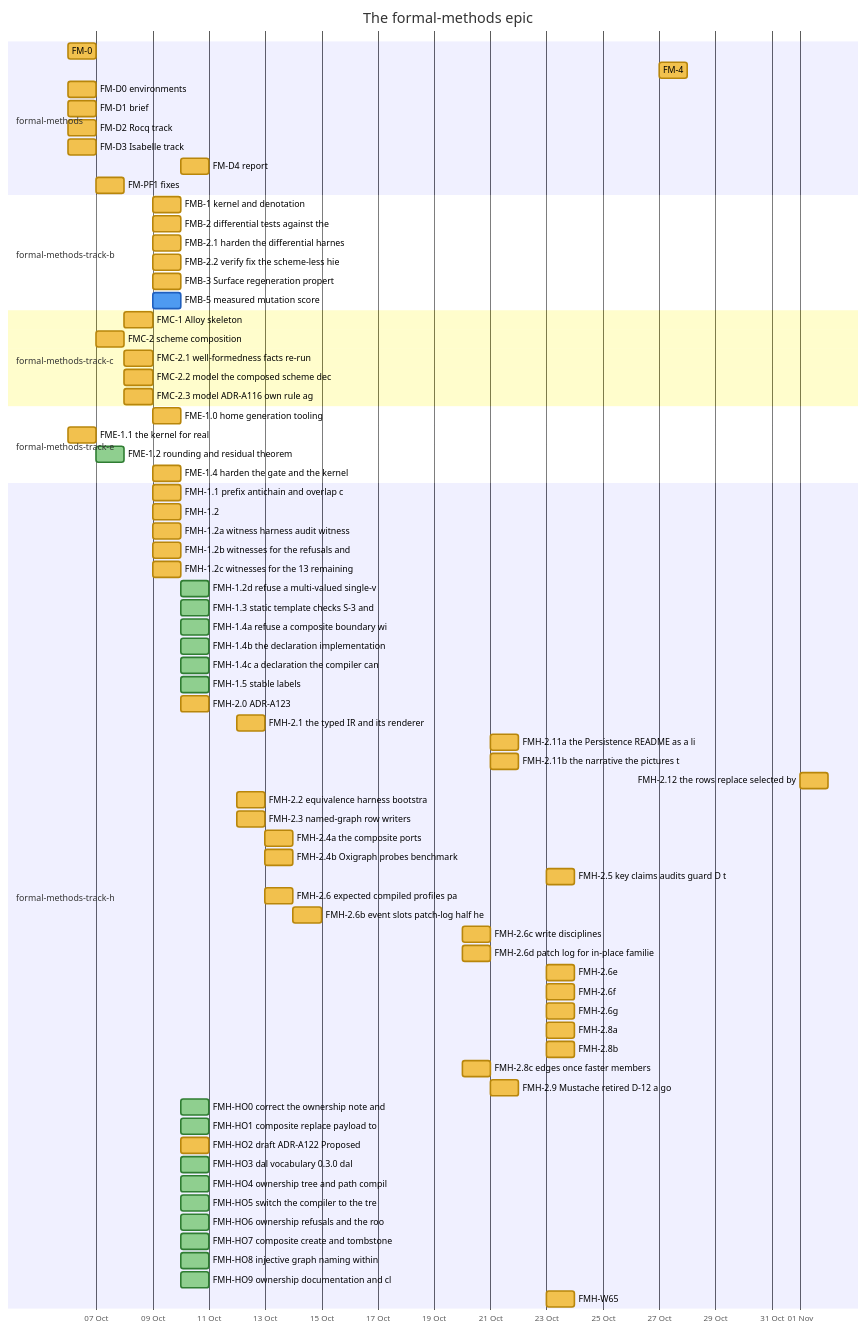
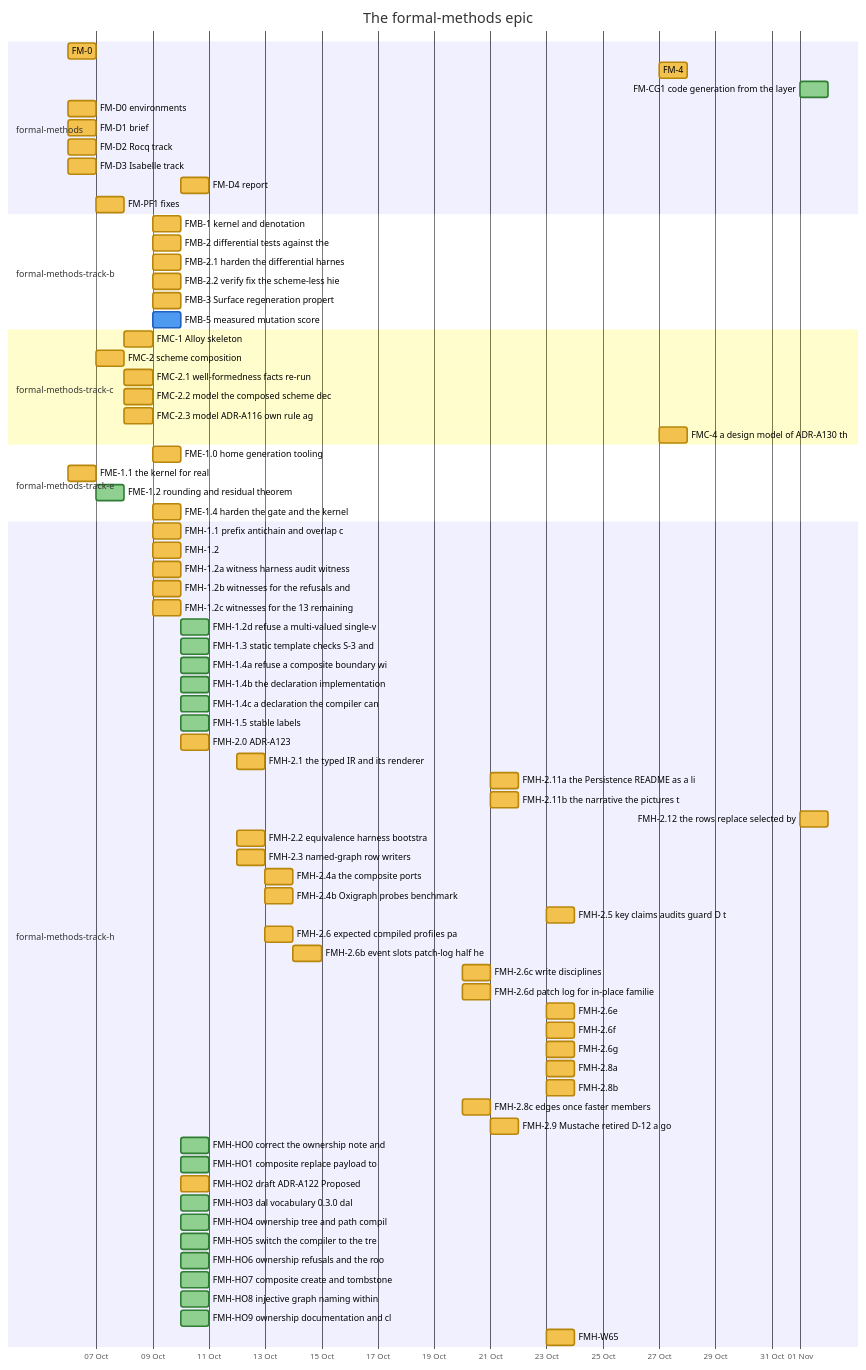
Before and after one commit to nebularis/lattice: the third of 25 diagrams in docs/developer/ROADMAP.md, drawn with Mermaid. The commit also changed other lines of this file and 9 other files, not shown here.

First line of the commit message:
[fml] FM-CG1 and FM-CG2 home the code-generation spike on the formal-methods board, and FMC-4 on track C's

````diff
--- a/docs/developer/ROADMAP.md
+++ b/docs/developer/ROADMAP.md
@@ -108,78 +108,80 @@
 ```mermaid
 %%{init: {"themeVariables": {"taskBkgColor": "#f2c14e", "taskBorderColor": "#b8860b", "taskTextColor": "#000000", "activeTaskBkgColor": "#4e9af1", "activeTaskBorderColor": "#1f5fbf", "activeTaskBorderColor": "#1f5fbf", "doneTaskBkgColor": "#8fcf8f", "doneTaskBorderColor": "#2f7d32", "critBkgColor": "#f28b82", "critBorderColor": "#b23a30", "taskTextDarkColor": "#000000", "taskTextLightColor": "#000000"}}}%%
 gantt
     title The formal-methods epic
     dateFormat YYYY-MM-DD
     axisFormat %d %b
     section formal-methods
     FM-0 :fm0, 2026-10-06, 2026-10-07
     FM-4 :fm4, 2026-10-27, 2026-10-28
+    FM-CG1 code generation from the layer :done, fmcg1, 2026-11-01, 2026-11-02
     FM-D0 environments :fmd0, 2026-10-06, 2026-10-07
     FM-D1 brief :fmd1, 2026-10-06, 2026-10-07
     FM-D2 Rocq track :fmd2, 2026-10-06, 2026-10-07
     FM-D3 Isabelle track :fmd3, 2026-10-06, 2026-10-07
     FM-D4 report :fmd4, 2026-10-10, 2026-10-11
     FM-PF1 fixes :fmpf1, 2026-10-07, 2026-10-08
     section formal-methods-track-b
     FMB-1 kernel and denotation :fmb1, 2026-10-09, 2026-10-10
     FMB-2 differential tests against the :fmb2, 2026-10-09, 2026-10-10
     FMB-2.1 harden the differential harnes :fmb21, 2026-10-09, 2026-10-10
     FMB-2.2 verify fix the scheme-less hie :fmb22, 2026-10-09, 2026-10-10
     FMB-3 Surface regeneration propert :fmb3, 2026-10-09, 2026-10-10
     FMB-5 measured mutation score :active, fmb5, 2026-10-09, 2026-10-10
     section formal-methods-track-c
     FMC-1 Alloy skeleton :fmc1, 2026-10-08, 2026-10-09
     FMC-2 scheme composition :fmc2, 2026-10-07, 2026-10-08
     FMC-2.1 well-formedness facts re-run :fmc21, 2026-10-08, 2026-10-09
     FMC-2.2 model the composed scheme dec :fmc22, 2026-10-08, 2026-10-09
     FMC-2.3 model ADR-A116 own rule ag :fmc23, 2026-10-08, 2026-10-09
+    FMC-4 a design model of ADR-A130 th :fmc4, 2026-10-27, 2026-10-28
     section formal-methods-track-e
     FME-1.0 home generation tooling :fme10, 2026-10-09, 2026-10-10
     FME-1.1 the kernel for real :fme11, 2026-10-06, 2026-10-07
     FME-1.2 rounding and residual theorem :done, fme12, 2026-10-07, 2026-10-08
     FME-1.4 harden the gate and the kernel :fme14, 2026-10-09, 2026-10-10
     section formal-methods-track-h
     FMH-1.1 prefix antichain and overlap c :fmh11, 2026-10-09, 2026-10-10
     FMH-1.2 :fmh12, 2026-10-09, 2026-10-10
     FMH-1.2a witness harness audit witness :fmh12a, 2026-10-09, 2026-10-10
     FMH-1.2b witnesses for the refusals and :fmh12b, 2026-10-09, 2026-10-10
     FMH-1.2c witnesses for the 13 remaining :fmh12c, 2026-10-09, 2026-10-10
     FMH-1.2d refuse a multi-valued single-v :done, fmh12d, 2026-10-10, 2026-10-11
     FMH-1.3 static template checks S-3 and :done, fmh13, 2026-10-10, 2026-10-11
     FMH-1.4a refuse a composite boundary wi :done, fmh14a, 2026-10-10, 2026-10-11
     FMH-1.4b the declaration implementation :done, fmh14b, 2026-10-10, 2026-10-11
     FMH-1.4c a declaration the compiler can :done, fmh14c, 2026-10-10, 2026-10-11
     FMH-1.5 stable labels :done, fmh15, 2026-10-10, 2026-10-11
     FMH-2.0 ADR-A123 :fmh20, 2026-10-10, 2026-10-11
     FMH-2.1 the typed IR and its renderer :fmh21, 2026-10-12, 2026-10-13
     FMH-2.11a the Persistence README as a li :fmh211a, 2026-10-21, 2026-10-22
     FMH-2.11b the narrative the pictures t :fmh211b, 2026-10-21, 2026-10-22
     FMH-2.12 the rows replace selected by :fmh212, 2026-11-01, 2026-11-02
     FMH-2.2 equivalence harness bootstra :fmh22, 2026-10-12, 2026-10-13
     FMH-2.3 named-graph row writers :fmh23, 2026-10-12, 2026-10-13
     FMH-2.4a the composite ports :fmh24a, 2026-10-13, 2026-10-14
     FMH-2.4b Oxigraph probes benchmark :fmh24b, 2026-10-13, 2026-10-14
     FMH-2.5 key claims audits guard D t :fmh25, 2026-10-23, 2026-10-24
     FMH-2.6 expected compiled profiles pa :fmh26, 2026-10-13, 2026-10-14
     FMH-2.6b event slots patch-log half he :fmh26b, 2026-10-14, 2026-10-15
     FMH-2.6c write disciplines :fmh26c, 2026-10-20, 2026-10-21
     FMH-2.6d patch log for in-place familie :fmh26d, 2026-10-20, 2026-10-21
     FMH-2.6e :fmh26e, 2026-10-23, 2026-10-24
     FMH-2.6f :fmh26f, 2026-10-23, 2026-10-24
     FMH-2.6g :fmh26g, 2026-10-23, 2026-10-24
     FMH-2.8a :fmh28a, 2026-10-23, 2026-10-24
     FMH-2.8b :fmh28b, 2026-10-23, 2026-10-24
     FMH-2.8c edges once faster members :fmh28c, 2026-10-20, 2026-10-21
     FMH-2.9 Mustache retired D-12 a go :fmh29, 2026-10-21, 2026-10-22
     FMH-HO0 correct the ownership note and :done, fmhho0, 2026-10-10, 2026-10-11
     FMH-HO1 composite replace payload to :done, fmhho1, 2026-10-10, 2026-10-11
     FMH-HO2 draft ADR-A122 Proposed :fmhho2, 2026-10-10, 2026-10-11
     FMH-HO3 dal vocabulary 0.3.0 dal :done, fmhho3, 2026-10-10, 2026-10-11
     FMH-HO4 ownership tree and path compil :done, fmhho4, 2026-10-10, 2026-10-11
     FMH-HO5 switch the compiler to the tre :done, fmhho5, 2026-10-10, 2026-10-11
     FMH-HO6 ownership refusals and the roo :done, fmhho6, 2026-10-10, 2026-10-11
     FMH-HO7 composite create and tombstone :done, fmhho7, 2026-10-10, 2026-10-11
     FMH-HO8 injective graph naming within :done, fmhho8, 2026-10-10, 2026-10-11
     FMH-HO9 ownership documentation and cl :done, fmhho9, 2026-10-10, 2026-10-11
     FMH-W65 :fmhw65, 2026-10-23, 2026-10-24
 ```
````
